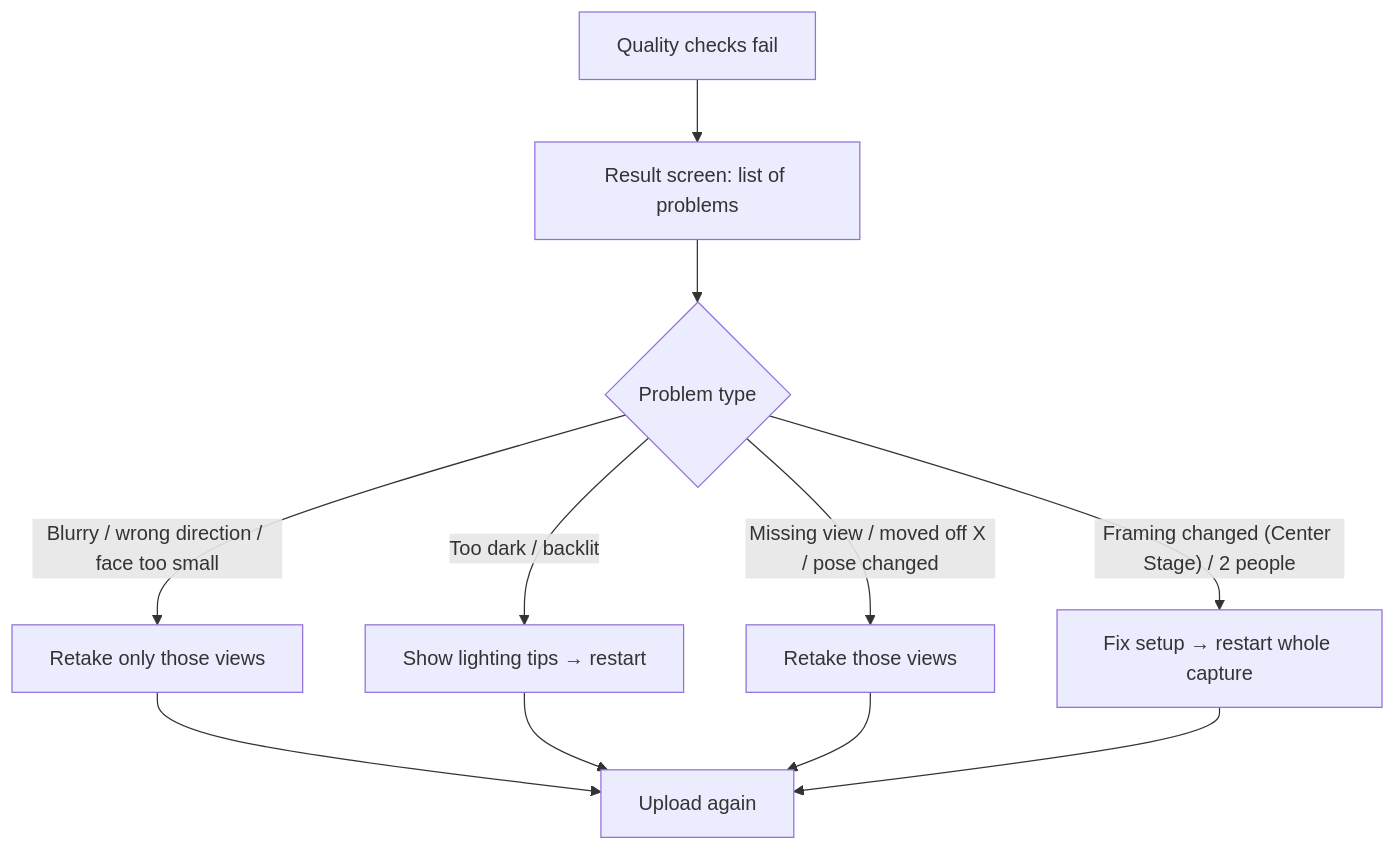
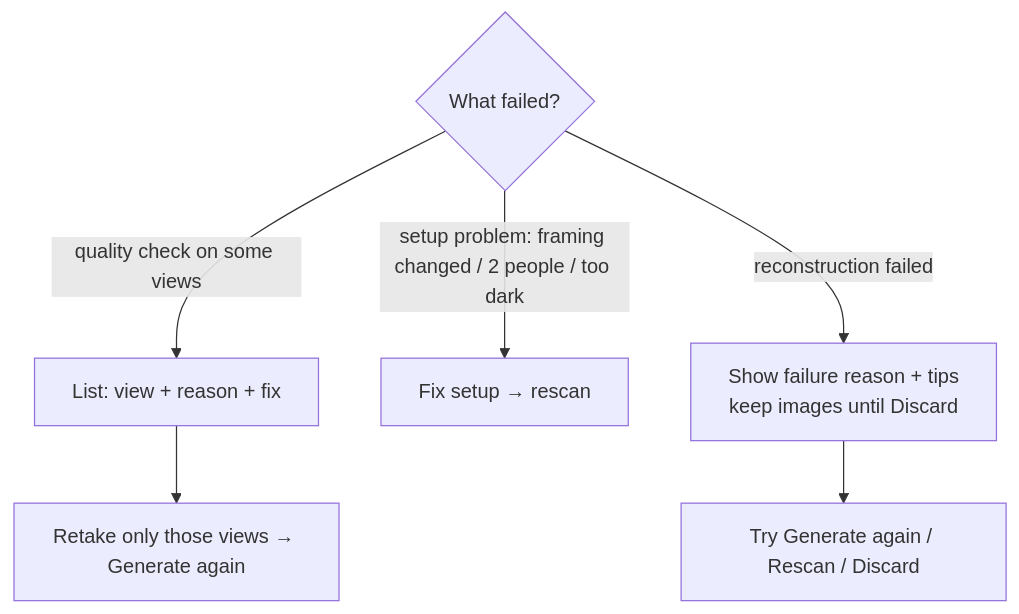
One commit to Sreanghourhy/AI-Powered-3D-Virtual-Fitting-Room changed the third of 4 diagrams in docs/user-flows.md. Above: the diagram before and after it, drawn with Mermaid. The commit also changed other lines of this file and 30 other files, not shown here.

````diff
--- a/docs/user-flows.md
+++ b/docs/user-flows.md
@@ -86,10 +62,8 @@
 ```mermaid
 flowchart TD
-    A[Quality checks fail] --> B[Result screen: list of problems]
-    B --> C{Problem type}
-    C -- Blurry / wrong direction / face too small --> D[Retake only those views]
-    C -- Too dark / backlit --> E[Show lighting tips → restart]
-    C -- Missing view / moved off X / pose changed --> F[Retake those views]
-    C -- Framing changed (Center Stage) / 2 people --> G[Fix setup → restart whole capture]
-    D & E & F & G --> H[Upload again]
+    A{What failed?} -- quality check on some views --> B[List: view + reason + fix]
+    B --> C[Retake only those views → Generate again]
+    A -- setup problem: framing changed / 2 people / too dark --> D[Fix setup → rescan]
+    A -- reconstruction failed --> E[Show failure reason + tips<br/>keep images until Discard]
+    E --> F[Try Generate again / Rescan / Discard]
 ```
````
